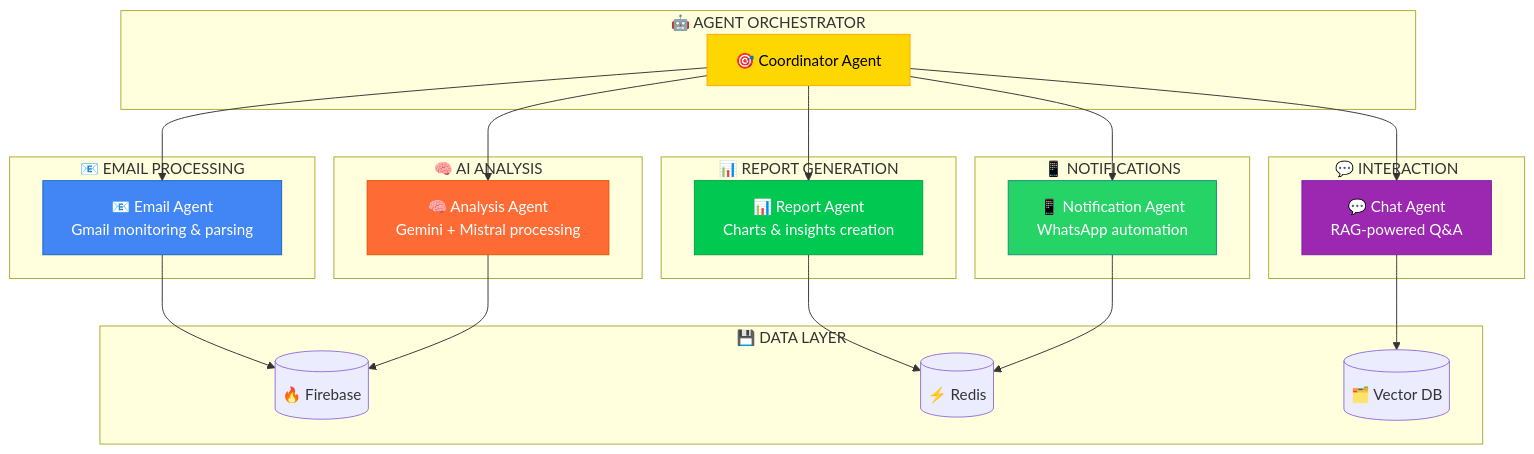
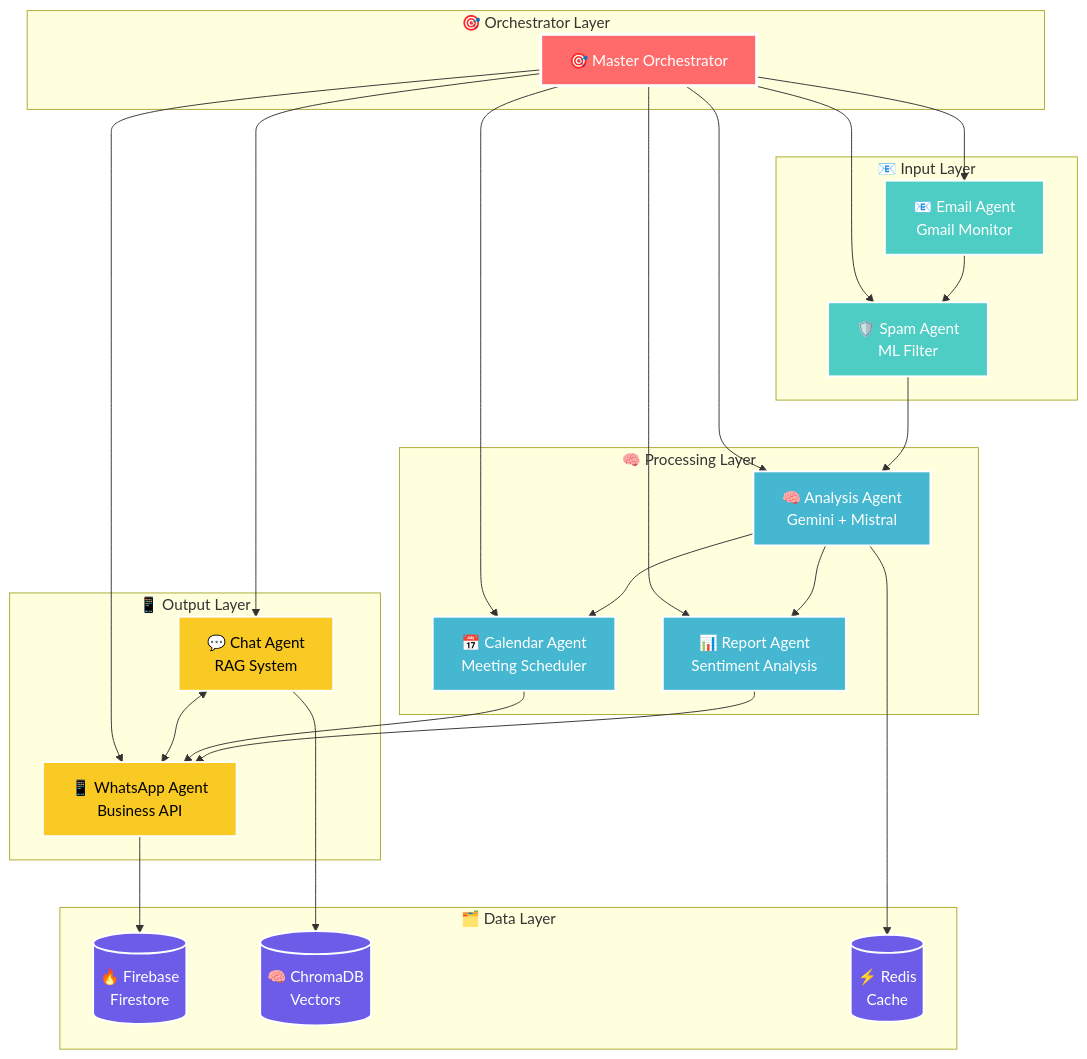
The first of 2 diagrams in README.md (auraCodesKM/kavin), drawn with Mermaid before and after one commit. The commit also changed other lines of this file, not shown here.

````diff
--- a/README.md
+++ b/README.md
@@ -51,51 +75,53 @@
 ```mermaid
 graph TB
-    subgraph "🤖 AGENT ORCHESTRATOR"
-        COORD[🎯 Coordinator Agent]
+    subgraph "🎯 Orchestrator Layer"
+        O[🎯 Master Orchestrator]
     end
     
-    subgraph "📧 EMAIL PROCESSING"
-        EMAIL[📧 Email Agent<br/>Gmail monitoring & parsing]
+    subgraph "📧 Input Layer"
+        A[📧 Email Agent<br/>Gmail Monitor]
+        A --> B[🛡️ Spam Agent<br/>ML Filter]
     end
     
-    subgraph "🧠 AI ANALYSIS"
-        ANALYSIS[🧠 Analysis Agent<br/>Gemini + Mistral processing]
+    subgraph "🧠 Processing Layer"
+        B --> C[🧠 Analysis Agent<br/>Gemini + Mistral]
+        C --> D[📊 Report Agent<br/>Sentiment Analysis]
+        C --> E[📅 Calendar Agent<br/>Meeting Scheduler]
     end
     
-    subgraph "📊 REPORT GENERATION"
-        REPORT[📊 Report Agent<br/>Charts & insights creation]
+    subgraph "📱 Output Layer"
+        D --> F[📱 WhatsApp Agent<br/>Business API]
+        E --> F
+        G[💬 Chat Agent<br/>RAG System] <--> F
     end
     
-    subgraph "📱 NOTIFICATIONS"
-        NOTIFY[📱 Notification Agent<br/>WhatsApp automation]
+    subgraph "🗂️ Data Layer"
+        H[(🔥 Firebase<br/>Firestore)]
+        I[(🧠 ChromaDB<br/>Vectors)]
+        J[(⚡ Redis<br/>Cache)]
     end
     
-    subgraph "💬 INTERACTION"
-        CHAT[💬 Chat Agent<br/>RAG-powered Q&A]
-    end
+    O --> A
+    O --> B
+    O --> C
+    O --> D
+    O --> E
+    O --> F
+    O --> G
     
-    subgraph "💾 DATA LAYER"
-        DB[(🔥 Firebase)]
-        CACHE[(⚡ Redis)]
-        VECTOR[(🗂️ Vector DB)]
-    end
+    F --> H
+    G --> I
+    C --> J
     
-    COORD --> EMAIL
-    COORD --> ANALYSIS
-    COORD --> REPORT
-    COORD --> NOTIFY
-    COORD --> CHAT
+    classDef orchestrator fill:#ff6b6b,stroke:#fff,stroke-width:3px,color:#fff
+    classDef input fill:#4ecdc4,stroke:#fff,stroke-width:2px,color:#fff
+    classDef processing fill:#45b7d1,stroke:#fff,stroke-width:2px,color:#fff
+    classDef output fill:#f9ca24,stroke:#fff,stroke-width:2px,color:#000
+    classDef data fill:#6c5ce7,stroke:#fff,stroke-width:2px,color:#fff
     
-    EMAIL --> DB
-    ANALYSIS --> DB
-    REPORT --> CACHE
-    NOTIFY --> CACHE
-    CHAT --> VECTOR
-    
-    style COORD fill:#FFD700,stroke:#FFA500,color:#000
-    style EMAIL fill:#4285F4,stroke:#1565C0,color:#fff
-    style ANALYSIS fill:#FF6B35,stroke:#E65100,color:#fff
-    style REPORT fill:#00C851,stroke:#00A040,color:#fff
-    style NOTIFY fill:#25D366,stroke:#128C7E,color:#fff
-    style CHAT fill:#9C27B0,stroke:#7B1FA2,color:#fff
+    class O orchestrator
+    class A,B input
+    class C,D,E processing
+    class F,G output
+    class H,I,J data
 ```
````
